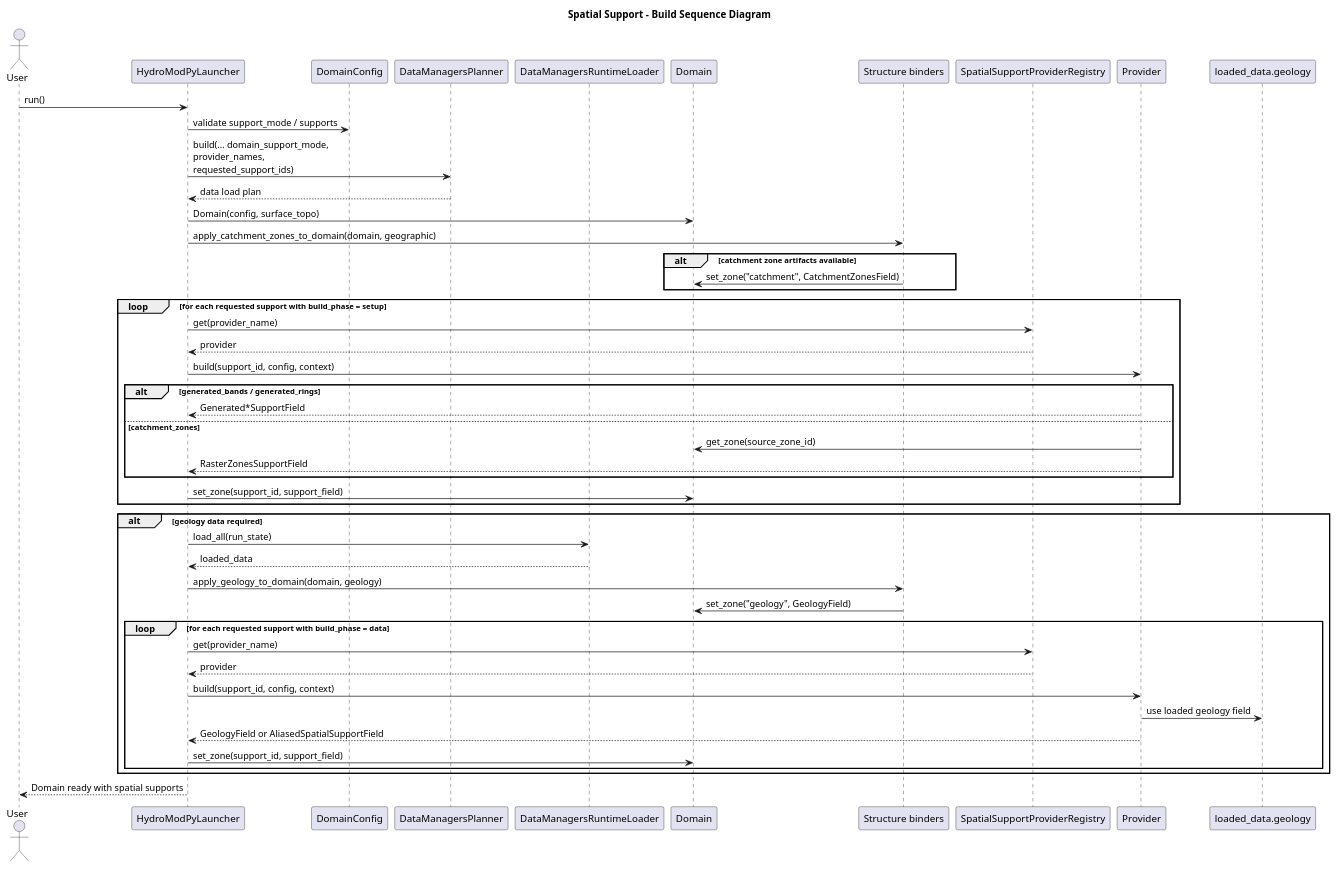
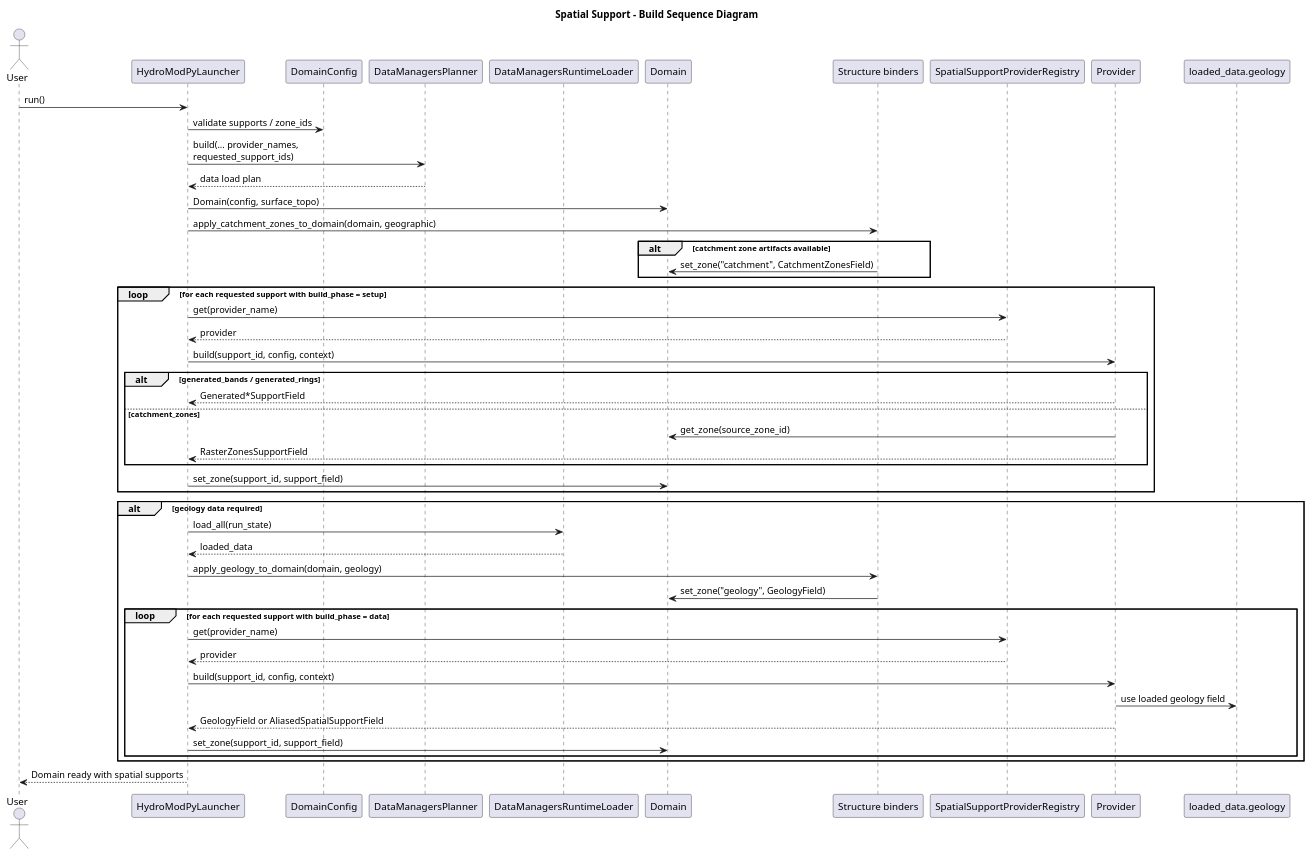
One commit to HydroModPy/HydroModPy changed the diagram in docs/readthedocs/source/architecture/spatial_support/diagrams/spatial_support_build_sequence.wsd. Above: the diagram before and after it, drawn with PlantUML. The commit also changed 62 other files, not shown here.

```diff
--- a/docs/readthedocs/source/architecture/spatial_support/diagrams/spatial_support_build_sequence.wsd
+++ b/docs/readthedocs/source/architecture/spatial_support/diagrams/spatial_support_build_sequence.wsd
@@ -1,56 +1,56 @@
 @startuml
 title Spatial Support - Build Sequence Diagram
 
 actor User
 participant "HydroModPyLauncher" as Launcher
 participant "DomainConfig" as DomainCfg
 participant "DataManagersPlanner" as Planner
 participant "DataManagersRuntimeLoader" as Loader
 participant "Domain" as Domain
 participant "Structure binders" as Binders
 participant "SpatialSupportProviderRegistry" as Registry
 participant "Provider" as Provider
 participant "loaded_data.geology" as Geology
 
 User -> Launcher: run()
-Launcher -> DomainCfg: validate support_mode / supports
-Launcher -> Planner: build(... domain_support_mode,\nprovider_names,\nrequested_support_ids)
+Launcher -> DomainCfg: validate supports / zone_ids
+Launcher -> Planner: build(... provider_names,\nrequested_support_ids)
 Planner --> Launcher: data load plan
 
 Launcher -> Domain: Domain(config, surface_topo)
 Launcher -> Binders: apply_catchment_zones_to_domain(domain, geographic)
 alt catchment zone artifacts available
   Binders -> Domain: set_zone("catchment", CatchmentZonesField)
 end
 
 loop for each requested support with build_phase = setup
   Launcher -> Registry: get(provider_name)
   Registry --> Launcher: provider
   Launcher -> Provider: build(support_id, config, context)
   alt generated_bands / generated_rings
     Provider --> Launcher: Generated*SupportField
   else catchment_zones
     Provider -> Domain: get_zone(source_zone_id)
     Provider --> Launcher: RasterZonesSupportField
   end
   Launcher -> Domain: set_zone(support_id, support_field)
 end
 
 alt geology data required
   Launcher -> Loader: load_all(run_state)
   Loader --> Launcher: loaded_data
   Launcher -> Binders: apply_geology_to_domain(domain, geology)
   Binders -> Domain: set_zone("geology", GeologyField)
 
   loop for each requested support with build_phase = data
     Launcher -> Registry: get(provider_name)
     Registry --> Launcher: provider
     Launcher -> Provider: build(support_id, config, context)
     Provider -> Geology: use loaded geology field
     Provider --> Launcher: GeologyField or AliasedSpatialSupportField
     Launcher -> Domain: set_zone(support_id, support_field)
   end
 end
 
 Launcher --> User: Domain ready with spatial supports
 @enduml
```
